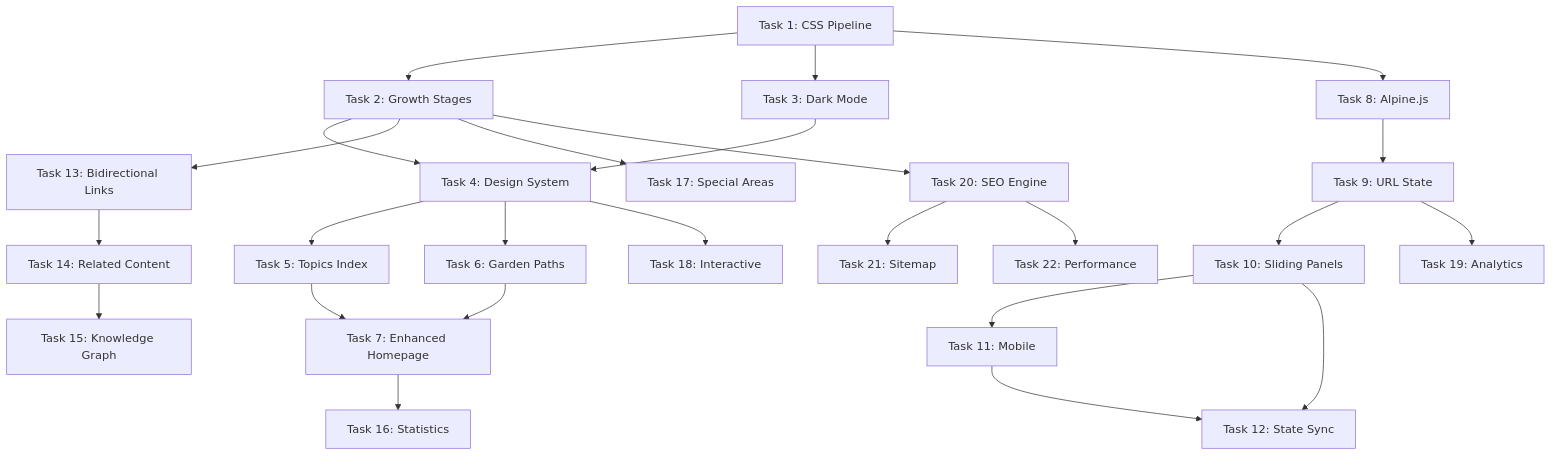
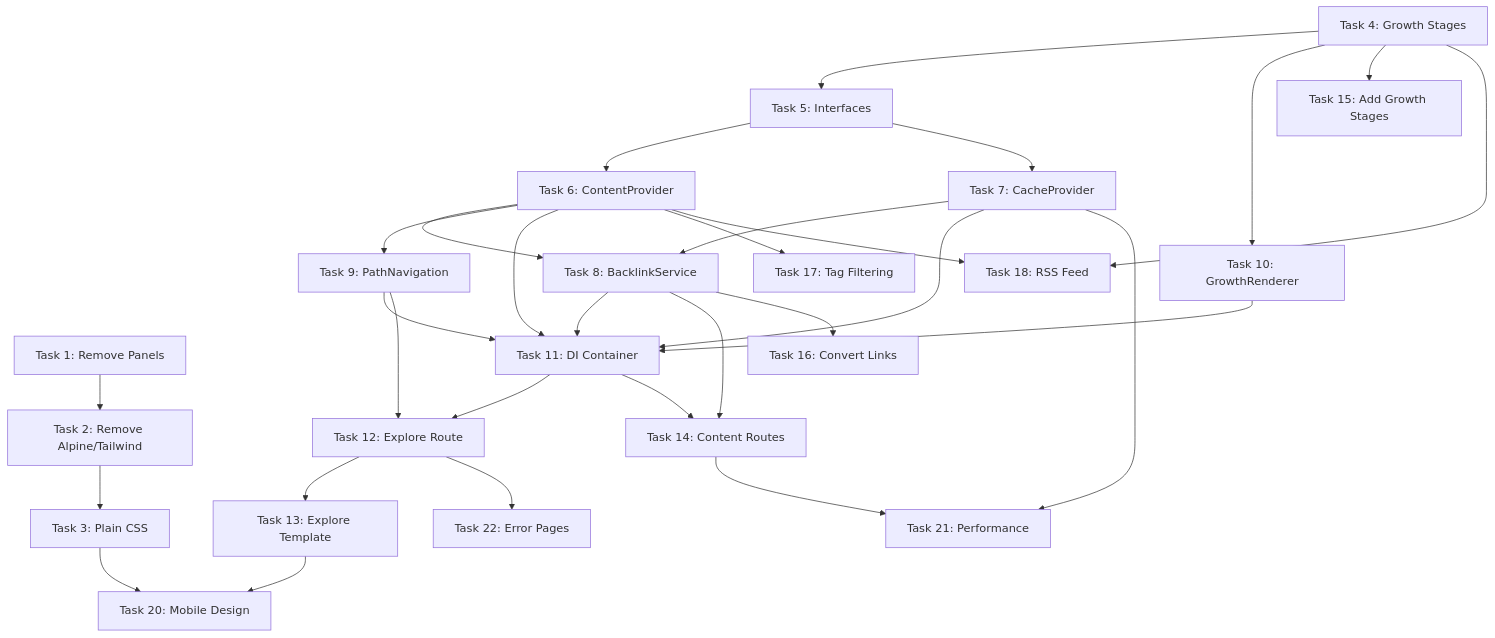
Before and after one commit to JoshuaOliphant/digital-garden: the diagram in plan.md, drawn with Mermaid. The commit also changed other lines of this file and 18 other files, not shown here.

````diff
--- a/plan.md
+++ b/plan.md
@@ -1214,32 +1062,41 @@
 ```mermaid
 graph TD
-    T1[Task 1: CSS Pipeline] --> T2[Task 2: Growth Stages]
-    T1 --> T3[Task 3: Dark Mode]
-    T2 --> T4[Task 4: Design System]
-    T3 --> T4
+    T1[Task 1: Remove Panels] --> T2[Task 2: Remove Alpine/Tailwind]
+    T2 --> T3[Task 3: Plain CSS]
     
-    T4 --> T5[Task 5: Topics Index]
-    T4 --> T6[Task 6: Garden Paths]
-    T5 --> T7[Task 7: Enhanced Homepage]
-    T6 --> T7
+    T4[Task 4: Growth Stages] --> T5[Task 5: Interfaces]
+    T5 --> T6[Task 6: ContentProvider]
+    T5 --> T7[Task 7: CacheProvider]
+    T6 --> T8[Task 8: BacklinkService]
+    T7 --> T8
+    T6 --> T9[Task 9: PathNavigation]
+    T4 --> T10[Task 10: GrowthRenderer]
     
-    T1 --> T8[Task 8: Alpine.js]
-    T8 --> T9[Task 9: URL State]
-    T9 --> T10[Task 10: Sliding Panels]
-    T10 --> T11[Task 11: Mobile]
-    T10 --> T12[Task 12: State Sync]
+    T6 --> T11[Task 11: DI Container]
+    T7 --> T11
+    T8 --> T11
+    T9 --> T11
+    T10 --> T11
+    
+    T9 --> T12[Task 12: Explore Route]
     T11 --> T12
+    T12 --> T13[Task 13: Explore Template]
     
-    T2 --> T13[Task 13: Bidirectional Links]
-    T13 --> T14[Task 14: Related Content]
-    T14 --> T15[Task 15: Knowledge Graph]
+    T8 --> T14[Task 14: Content Routes]
+    T11 --> T14
     
-    T7 --> T16[Task 16: Statistics]
-    T2 --> T17[Task 17: Special Areas]
-    T4 --> T18[Task 18: Interactive]
-    T9 --> T19[Task 19: Analytics]
+    T4 --> T15[Task 15: Add Growth Stages]
+    T8 --> T16[Task 16: Convert Links]
     
-    T2 --> T20[Task 20: SEO Engine]
-    T20 --> T21[Task 21: Sitemap]
-    T20 --> T22[Task 22: Performance]
+    T6 --> T17[Task 17: Tag Filtering]
+    T4 --> T18[Task 18: RSS Feed]
+    T6 --> T18
+    
+    T3 --> T20[Task 20: Mobile Design]
+    T13 --> T20
+    
+    T7 --> T21[Task 21: Performance]
+    T14 --> T21
+    
+    T12 --> T22[Task 22: Error Pages]
 ```
````
